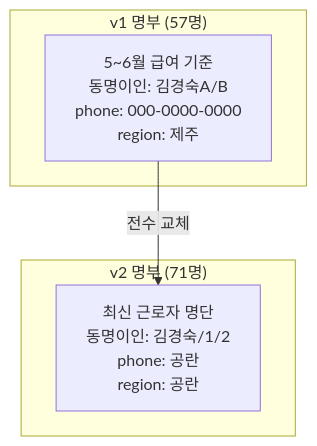
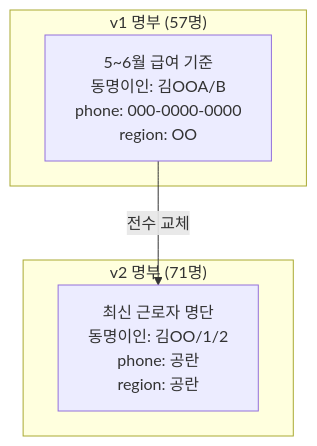
One commit to 200gyu/209 changed the third of 6 diagrams in _posts/2026-07-18-ax-partners-manager-v2-upgrade.md. Above: the diagram before and after it, drawn with Mermaid. The commit also changed other lines of this file and 36 other files, not shown here.

````diff
--- a/_posts/2026-07-18-ax-partners-manager-v2-upgrade.md
+++ b/_posts/2026-07-18-ax-partners-manager-v2-upgrade.md
@@ -158,10 +158,10 @@
 ```mermaid
 flowchart TB
     subgraph "v1 명부 (57명)"
-        A["5~6월 급여 기준<br/>동명이인: 김경숙A/B<br/>phone: 000-0000-0000<br/>region: 제주"]
+        A["5~6월 급여 기준<br/>동명이인: 김OOA/B<br/>phone: 000-0000-0000<br/>region: OO"]
     end
     subgraph "v2 명부 (71명)"
-        B["최신 근로자 명단<br/>동명이인: 김경숙/1/2<br/>phone: 공란<br/>region: 공란"]
+        B["최신 근로자 명단<br/>동명이인: 김OO/1/2<br/>phone: 공란<br/>region: 공란"]
     end
     A -->|"전수 교체"| B
 ```
````
